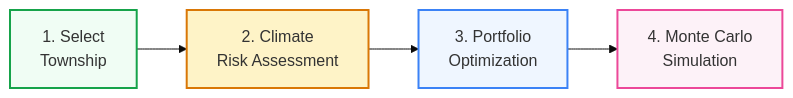
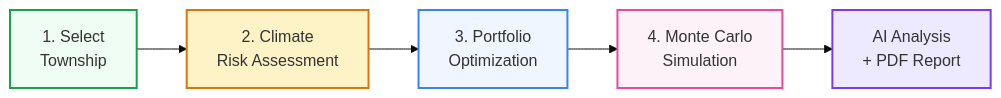
Before and after one commit to soneeee22000/CropFolio: the first of 4 diagrams in README.md, drawn with Mermaid (base theme). The commit also changed other lines of this file, not shown here.

Commit message:
fix: update architecture diagram — add FAOSTAT/WFP/Gemini connections, add AI step to wizard flow

````diff
--- a/README.md
+++ b/README.md
@@ -94,11 +94,13 @@
 ```mermaid
 flowchart LR
     A["1. Select\nTownship"] --> B["2. Climate\nRisk Assessment"]
     B --> C["3. Portfolio\nOptimization"]
     C --> D["4. Monte Carlo\nSimulation"]
+    D --> E["AI Analysis\n+ PDF Report"]
 
     style A fill:#f0fdf4,stroke:#16a34a,stroke-width:2px
     style B fill:#fef3c7,stroke:#d97706,stroke-width:2px
     style C fill:#eff6ff,stroke:#3b82f6,stroke-width:2px
     style D fill:#fdf2f8,stroke:#ec4899,stroke-width:2px
+    style E fill:#ede9fe,stroke:#7c3aed,stroke-width:2px
 ```
````
